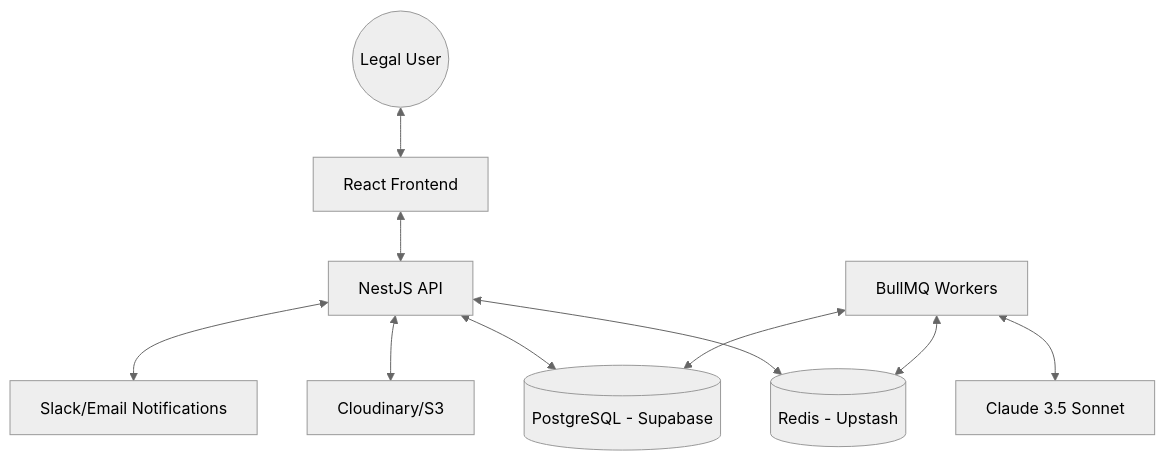
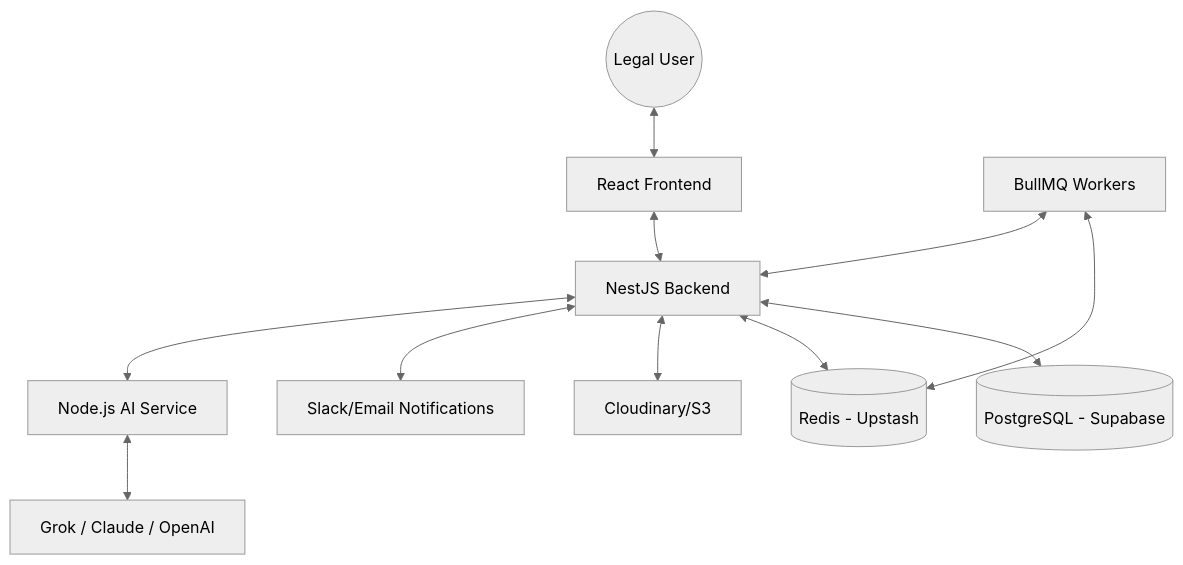
One commit to waqasjafri512/LegalPulse changed the diagram in README.md. Above: the diagram before and after it, drawn with Mermaid (neutral theme). The commit also changed other lines of this file and 12 other files, not shown here.

````diff
--- a/README.md
+++ b/README.md
@@ -7,22 +7,24 @@
 ```mermaid
 graph TD
     User((Legal User))
     Client[React Frontend]
-    API[NestJS API]
+    API[NestJS Backend]
+    AIService[Node.js AI Service]
     DB[(PostgreSQL - Supabase)]
     Redis[(Redis - Upstash)]
     Worker[BullMQ Workers]
-    AI[Claude 3.5 Sonnet]
+    AI[Grok / Claude / OpenAI]
     Storage[Cloudinary/S3]
     Slack[Slack/Email Notifications]
 
     User <--> Client
     Client <--> API
     API <--> DB
     API <--> Redis
     API <--> Storage
     API <--> Slack
+    API <--> AIService
+    AIService <--> AI
     Worker <--> Redis
-    Worker <--> AI
-    Worker <--> DB
+    Worker <--> API
 ```
````
